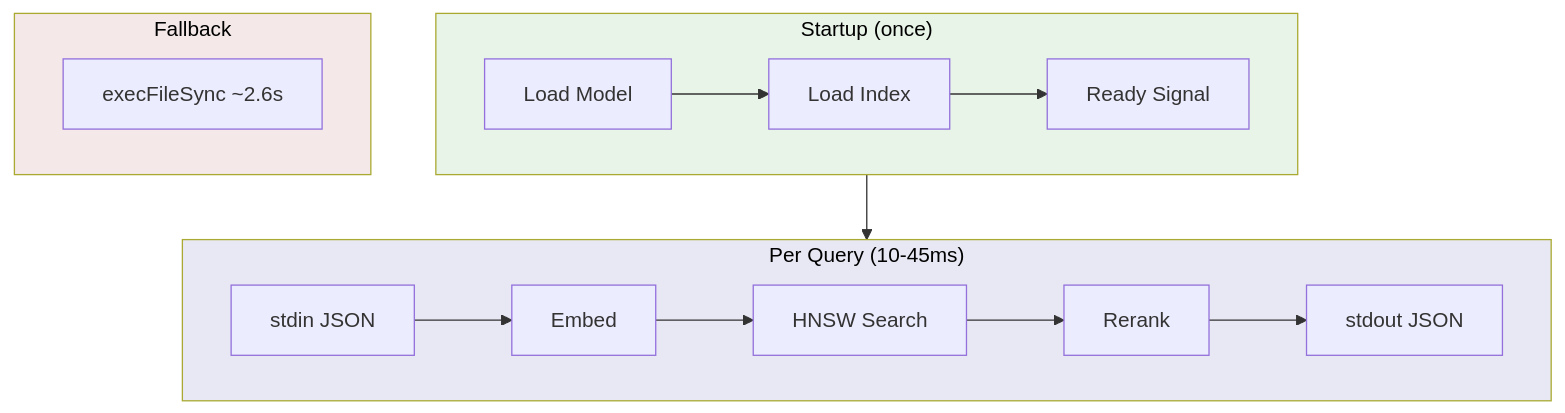
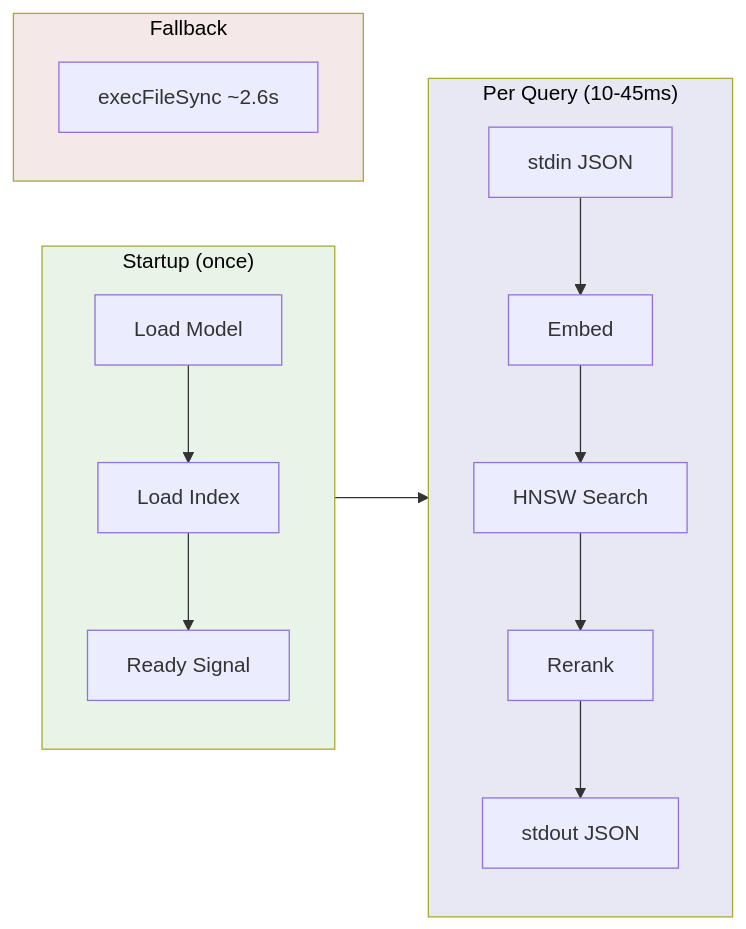
The seventh of 11 diagrams in README.md (krejcif/magector), drawn with Mermaid before and after one commit. The commit also changed other lines of this file and 3 other files, not shown here.

````diff
--- a/README.md
+++ b/README.md
@@ -637,21 +641,17 @@
 ```mermaid
-flowchart TD
+flowchart LR
   subgraph startup ["Startup (once)"]
-    S1[Load Model] --> S2[Load Index]
-    S2 --> S3[Ready Signal]
-  end
-  subgraph query ["Per Query (10-45ms)"]
-    Q1[stdin JSON] --> Q2[Embed]
-    Q2 --> Q3[HNSW Search]
-    Q3 --> Q4[Rerank]
-    Q4 --> Q5[stdout JSON]
+    S1["Load Model"] --> S2["Load Index"] --> S3["Ready Signal"]
   end
   startup --> query
+  subgraph query ["Per Query (10-45ms)"]
+    Q1["stdin JSON"] --> Q2["Embed"] --> Q3["HNSW Search"] --> Q4["Rerank"] --> Q5["stdout JSON"]
+  end
   subgraph fallback ["Fallback"]
-    F1[execFileSync ~2.6s]
+    F1["execFileSync ~2.6s"]
   end
 
   style startup fill:#e8f4e8,color:#000
   style query fill:#e8e8f4,color:#000
   style fallback fill:#f4e8e8,color:#000
 ```
````
